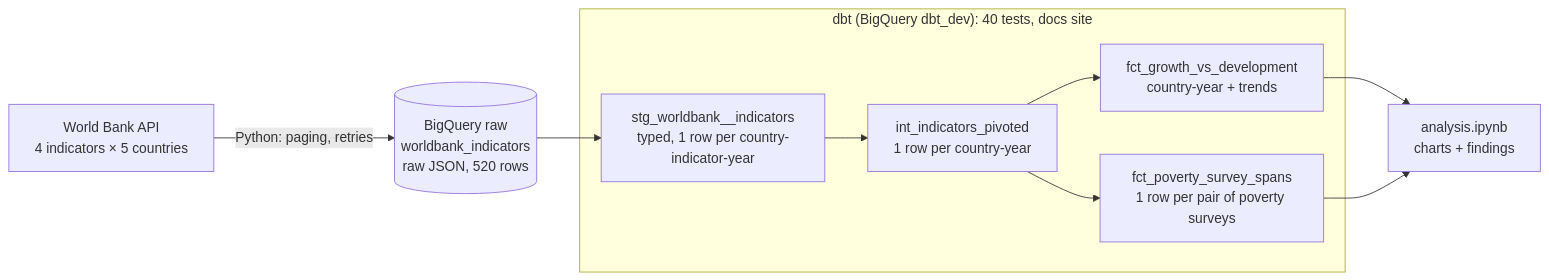
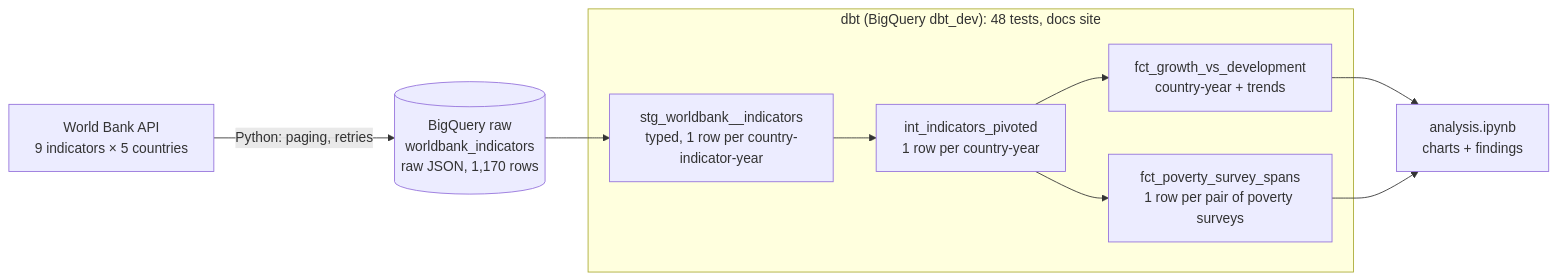
The diagram in growth_vs_econdev/README.md (alice80learns/Alice_projects), drawn with Mermaid before and after one commit. The commit also changed other lines of this file and 18 other files, not shown here.

````diff
--- a/growth_vs_econdev/README.md
+++ b/growth_vs_econdev/README.md
@@ -13,16 +13,16 @@
 ```mermaid
 flowchart LR
-    A["World Bank API<br/>4 indicators × 5 countries"] -->|"Python: paging, retries"| B[("BigQuery raw<br/>worldbank_indicators<br/>raw JSON, 520 rows")]
+    A["World Bank API<br/>9 indicators × 5 countries"] -->|"Python: paging, retries"| B[("BigQuery raw<br/>worldbank_indicators<br/>raw JSON, 1,170 rows")]
     B --> C["stg_worldbank__indicators<br/>typed, 1 row per country-indicator-year"]
     C --> D["int_indicators_pivoted<br/>1 row per country-year"]
     D --> E["fct_growth_vs_development<br/>country-year + trends"]
     D --> F["fct_poverty_survey_spans<br/>1 row per pair of poverty surveys"]
     E --> G["analysis.ipynb<br/>charts + findings"]
     F --> G
-    subgraph dbt ["dbt (BigQuery dbt_dev): 40 tests, docs site"]
+    subgraph dbt ["dbt (BigQuery dbt_dev): 48 tests, docs site"]
         C
         D
         E
         F
     end
 ```
````
